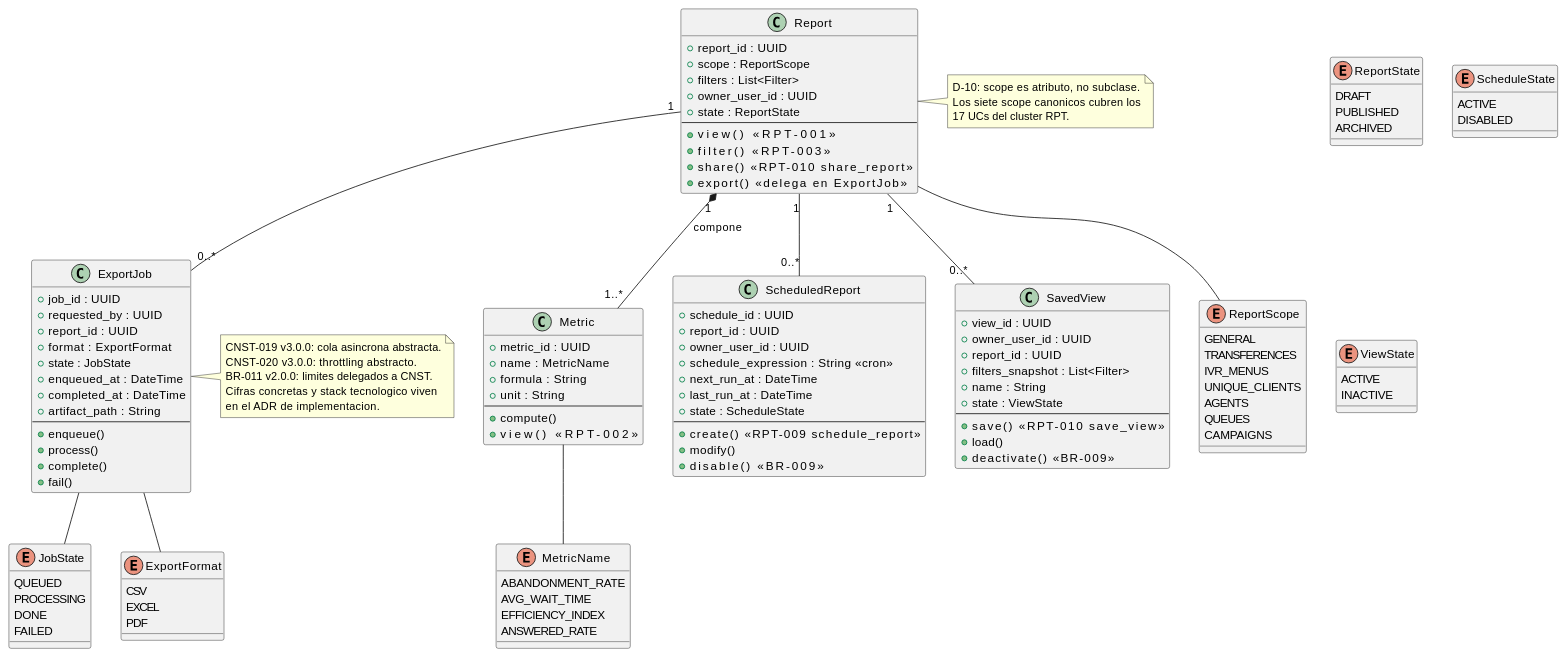
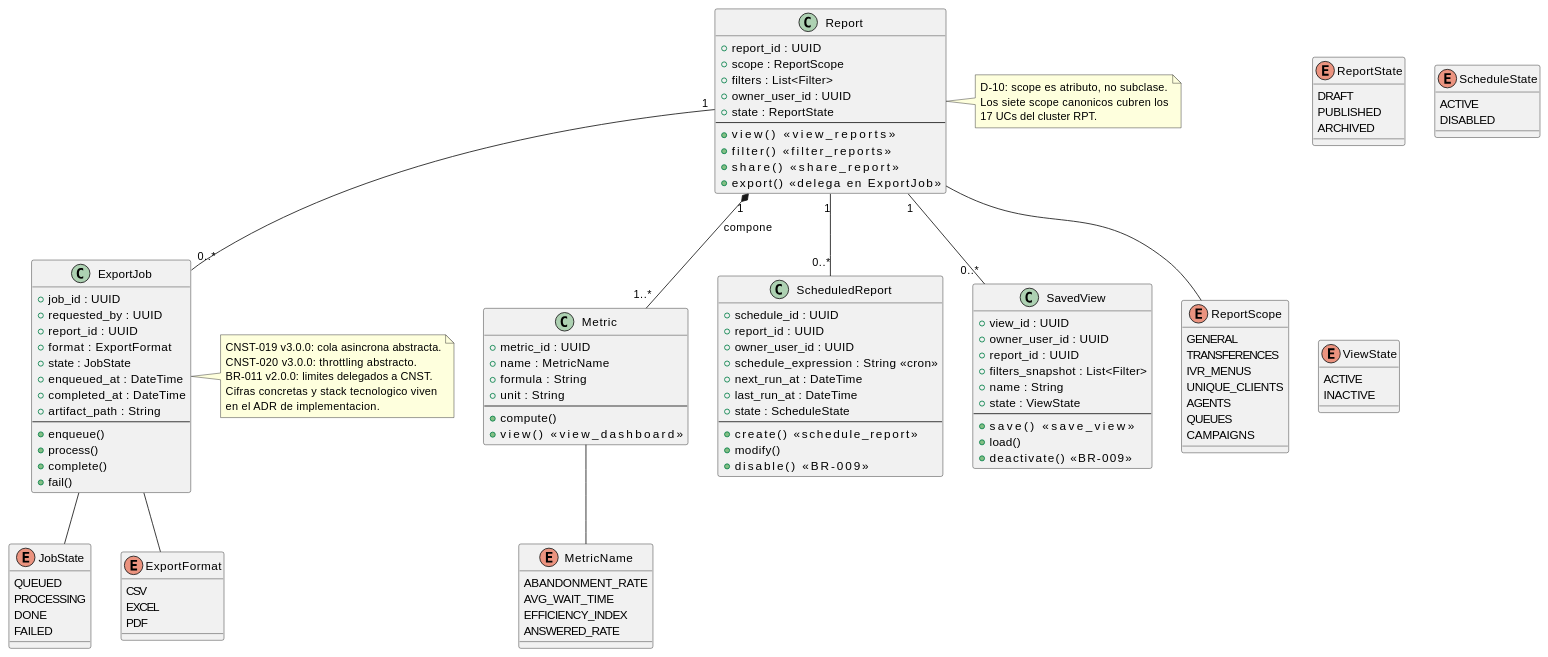
One commit to jcg-admin/IACT-docs changed the diagram in source/arquitectura-tecnica/bounded-contexts/bounded-context-reports.rst. Above: the diagram before and after it, drawn with PlantUML. The commit also changed 28 other files, not shown here.

```diff
--- a/source/arquitectura-tecnica/bounded-contexts/bounded-context-reports.rst
+++ b/source/arquitectura-tecnica/bounded-contexts/bounded-context-reports.rst
@@ -38,9 +38,9 @@
    + owner_user_id : UUID
    + state : ReportState
    --
-   + view()                <<RPT-001>>
-   + filter()              <<RPT-003>>
-   + share()               <<RPT-010 share_report>>
+   + view()                <<view_reports>>
+   + filter()              <<filter_reports>>
+   + share()               <<share_report>>
    + export()              <<delega en ExportJob>>
  }
 
@@ -51,7 +51,7 @@
    + unit : String
    --
    + compute()
-   + view()                <<RPT-002>>
+   + view()                <<view_dashboard>>
  }
 
  class ExportJob {
@@ -79,7 +79,7 @@
    + last_run_at : DateTime
    + state : ScheduleState
    --
-   + create()             <<RPT-009 schedule_report>>
+   + create()             <<schedule_report>>
    + modify()
    + disable()            <<BR-009>>
  }
@@ -92,7 +92,7 @@
    + name : String
    + state : ViewState
    --
-   + save()               <<RPT-010 save_view>>
+   + save()               <<save_view>>
    + load()
    + deactivate()         <<BR-009>>
  }
```
